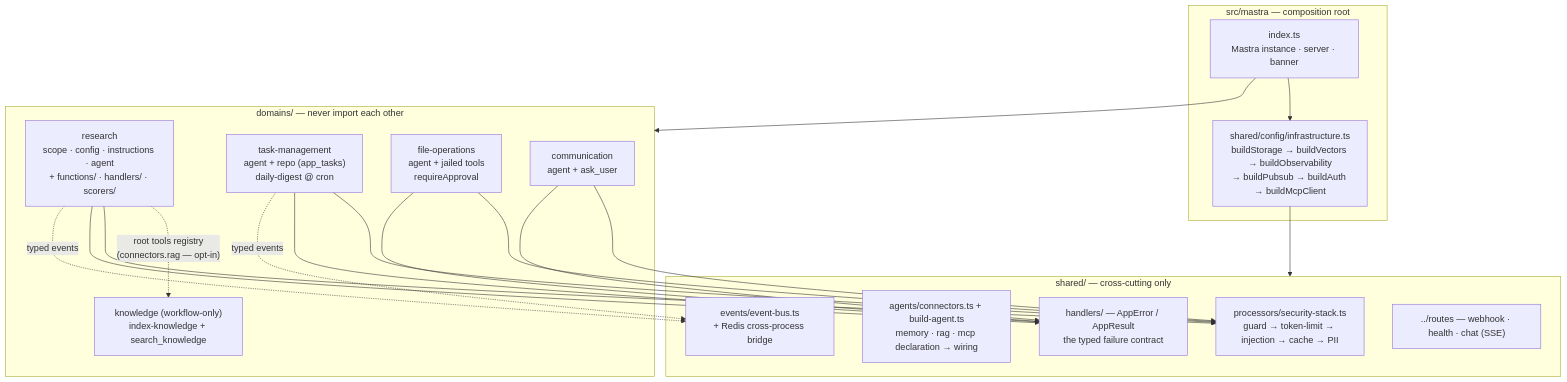
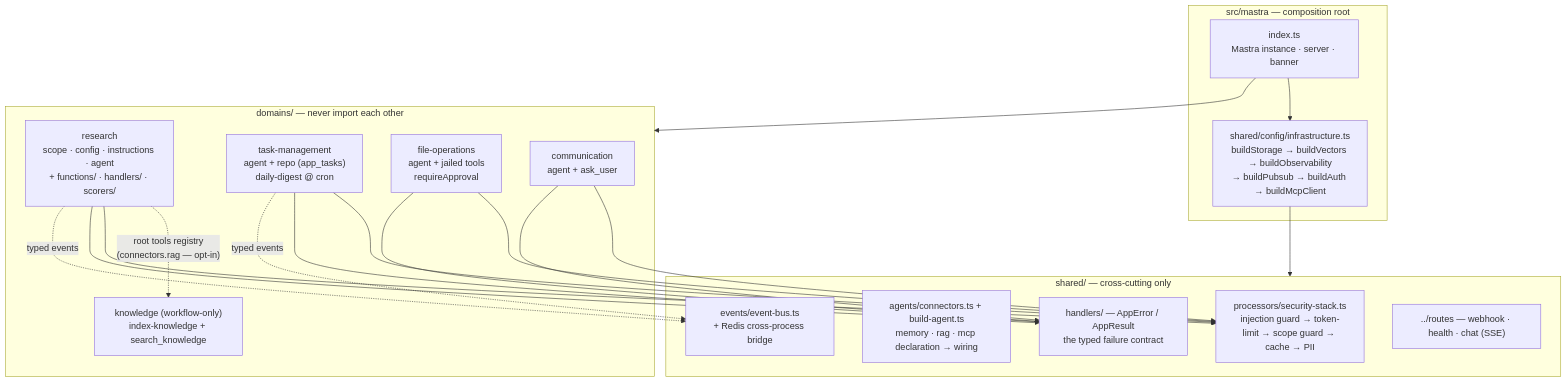
Before and after one commit to bobrobert13/mastra-agents-core-vertical-ddd-pills-included: the first of 3 diagrams in README.md, drawn with Mermaid. The commit also changed other lines of this file and 6 other files, not shown here.

````diff
--- a/README.md
+++ b/README.md
@@ -57,31 +57,31 @@
 ```mermaid
 flowchart TD
     subgraph root ["src/mastra — composition root"]
         IDX["index.ts<br/>Mastra instance · server · banner"]
         INFRA["shared/config/infrastructure.ts<br/>buildStorage → buildVectors → buildObservability<br/>→ buildPubsub → buildAuth → buildMcpClient"]
     end
 
     subgraph domains ["domains/ — never import each other"]
         RES["research<br/>scope · config · instructions · agent<br/>+ functions/ · handlers/ · scorers/"]
         TASK["task-management<br/>agent + repo (app_tasks)<br/>daily-digest @ cron"]
         FILES["file-operations<br/>agent + jailed tools<br/>requireApproval"]
         COMMS["communication<br/>agent + ask_user"]
         KNOW["knowledge (workflow-only)<br/>index-knowledge + search_knowledge"]
     end
 
     subgraph shared ["shared/ — cross-cutting only"]
-        STACK["processors/security-stack.ts<br/>guard → token-limit → injection → cache → PII"]
+        STACK["processors/security-stack.ts<br/>injection guard → token-limit → scope guard → cache → PII"]
         CONN["agents/connectors.ts + build-agent.ts<br/>memory · rag · mcp declaration → wiring"]
         BUS["events/event-bus.ts<br/>+ Redis cross-process bridge"]
         HAND["handlers/ — AppError / AppResult<br/>the typed failure contract"]
         ROUTES["../routes — webhook · health · chat (SSE)"]
     end
 
     IDX --> domains
     IDX --> INFRA
     INFRA --> shared
     RES -. "root tools registry<br/>(connectors.rag — opt-in)" .-> KNOW
     RES & TASK & FILES & COMMS --> STACK
     RES & TASK & FILES & COMMS --> HAND
     TASK & RES -. "typed events" .-> BUS
 ```
````
